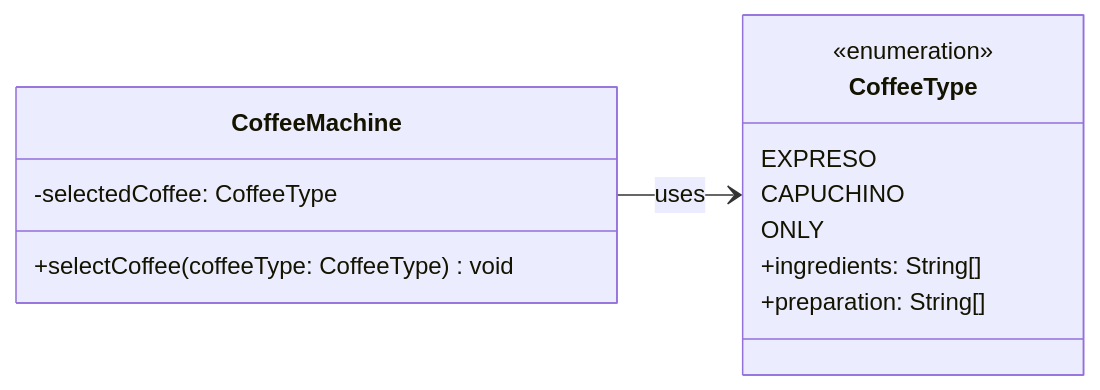
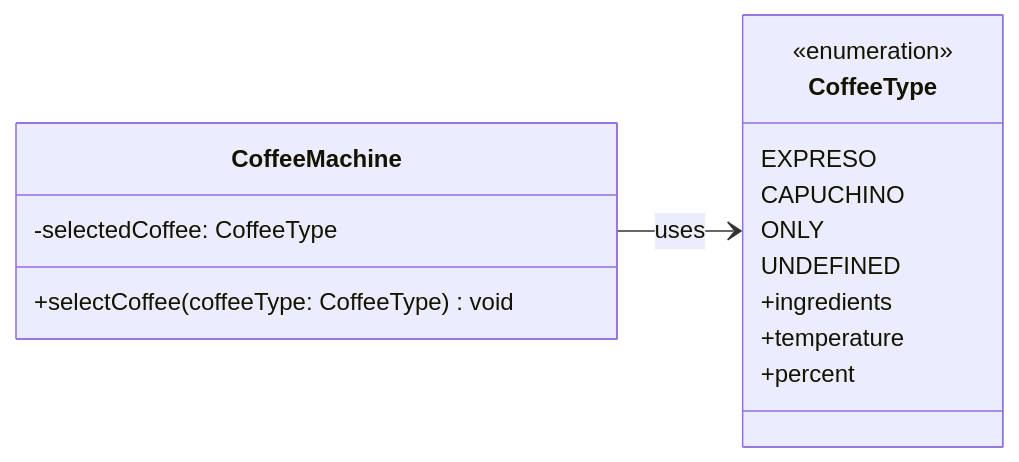
One commit to anxovaz/maquina-cafe changed the third of 3 diagrams in README.md. Above: the diagram before and after it, drawn with Mermaid. The commit also changed other lines of this file, not shown here.

Commit message:
Fix Typo(s) readme

````diff
--- a/README.md
+++ b/README.md
@@ -91,20 +91,22 @@
 ```mermaid
 classDiagram
     direction LR
 
     class CoffeeMachine {
         -selectedCoffee: CoffeeType
         +selectCoffee(coffeeType: CoffeeType) void
     }
 
     class CoffeeType {
         <<enumeration>>
         EXPRESO
         CAPUCHINO
         ONLY
-        +ingredients: String[]
-        +preparation: String[]
+        UNDEFINED
+        +ingredients
+        +temperature
+        +percent
     }
 
     CoffeeMachine --> CoffeeType : uses
 ```
````
